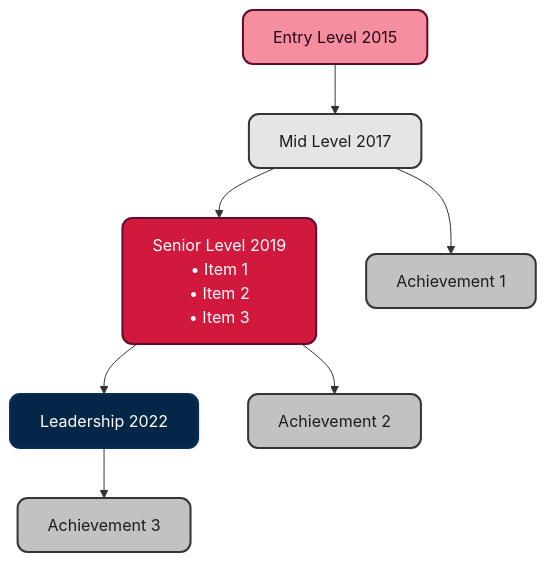
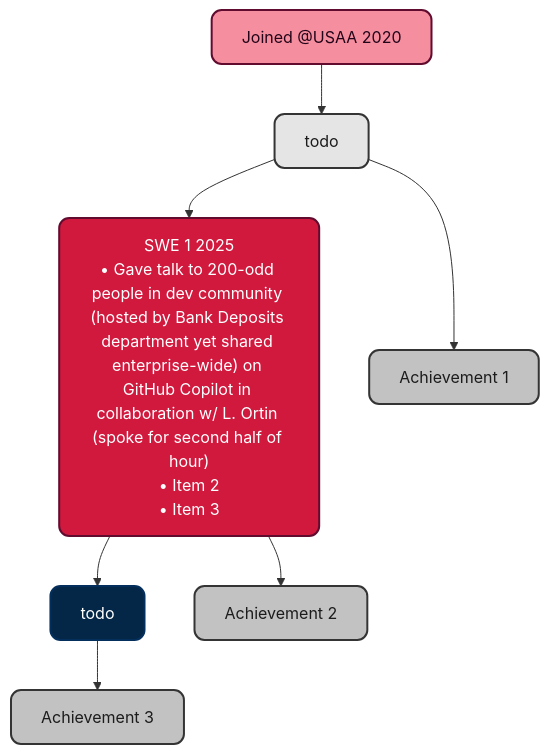
Before and after one commit to s-sepanski/portfolio: the diagram in README.md, drawn with Mermaid.

Commit message:
copilot talk

````diff
--- a/README.md
+++ b/README.md
@@ -5,18 +5,18 @@
 ```mermaid
 graph TD
-    A[Entry Level 2015] --> B[Mid Level 2017]
-    B --> C["Senior Level 2019<br>• Item 1<br>• Item 2<br>• Item 3"]
-    C --> D[Leadership 2022]
+    A[Joined @USAA 2020] --> B[todo]
+    B --> C["SWE 1 2025<br>• Gave talk to 200-odd people in dev community (hosted by Bank Deposits department yet shared enterprise-wide) on GitHub Copilot in collaboration w/ L. Ortin (spoke for second half of hour)<br>• Item 2<br>• Item 3"]
+    C --> D[todo]
     B --> E[Achievement 1]
     C --> F[Achievement 2]
     D --> G[Achievement 3]
     style A fill:#f58e9f,stroke:#610b2f,stroke-width:2px,color:#230519
     style B fill:#e5e5e5,stroke:#343434,stroke-width:2px,color:#1c1c1c
     style C fill:#d1193e,stroke:#610b2f,stroke-width:2px,color:#FFFFFF
     style D fill:#042748,stroke:#042e5c,stroke-width:2px,color:#FFFFFF
     style E fill:#c2c2c2,stroke:#343434,stroke-width:2px,color:#1c1c1c
     style F fill:#c2c2c2,stroke:#343434,stroke-width:2px,color:#1c1c1c
     style G fill:#c2c2c2,stroke:#343434,stroke-width:2px,color:#1c1c1c
     classDef rounded stroke-width:2px,rx:10,ry:10;
     class A,B,C,D,E,F,G rounded;
 ```
````
